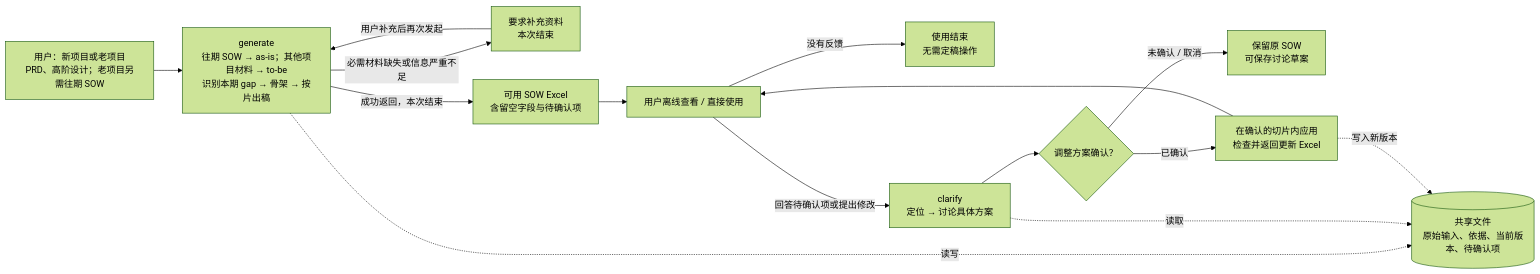
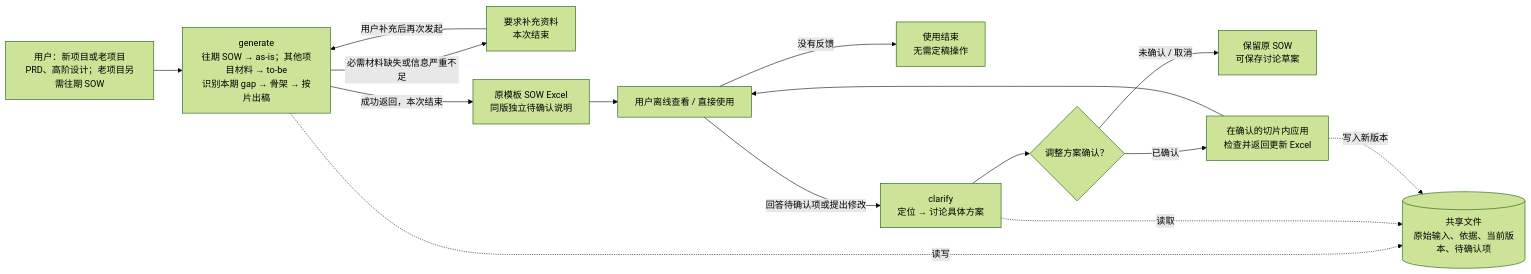
Before and after one commit to InspireChina/ai-plugin-marketplace: the diagram in plugins/ai-sow-lite/docs/design/README.md, drawn with Mermaid (forest theme). The commit also changed other lines of this file and 41 other files, not shown here.

````diff
--- a/plugins/ai-sow-lite/docs/design/README.md
+++ b/plugins/ai-sow-lite/docs/design/README.md
@@ -18,17 +18,17 @@
 ```mermaid
 flowchart LR
     U["用户：新项目或老项目<br/>PRD、高阶设计；老项目另需往期 SOW"] --> G["generate<br/>往期 SOW → as-is；其他项目材料 → to-be<br/>识别本期 gap → 骨架 → 按片出稿"]
     G -->|必需材料缺失或信息严重不足| N["要求补充资料<br/>本次结束"]
     N -->|用户补充后再次发起| G
-    G -->|成功返回，本次结束| X["可用 SOW Excel<br/>含留空字段与待确认项"]
+    G -->|成功返回，本次结束| X["原模板 SOW Excel<br/>同版独立待确认说明"]
     X --> R["用户离线查看 / 直接使用"]
     R -->|没有反馈| E["使用结束<br/>无需定稿操作"]
     R -->|回答待确认项或提出修改| C["clarify<br/>定位 → 讨论具体方案"]
     C --> P{"调整方案确认？"}
     P -->|未确认 / 取消| K["保留原 SOW<br/>可保存讨论草案"]
     P -->|已确认| A["在确认的切片内应用<br/>检查并返回更新 Excel"]
     A --> R
     G -.读写.-> F[("共享文件<br/>原始输入、依据、当前版本、待确认项")]
     C -.读取.-> F
     A -.写入新版本.-> F
 ```
````
